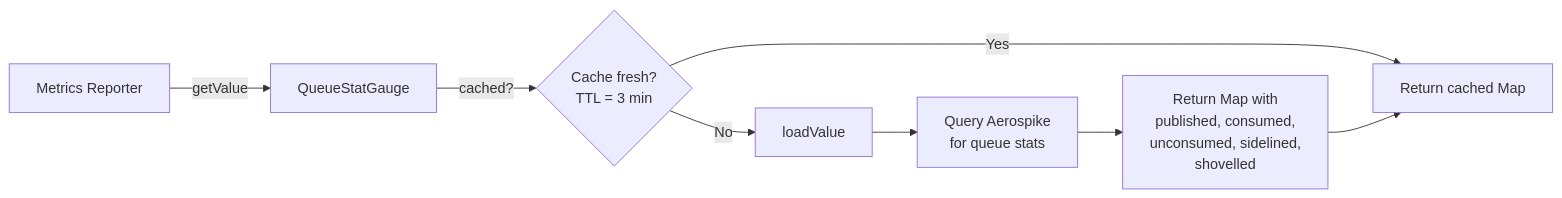
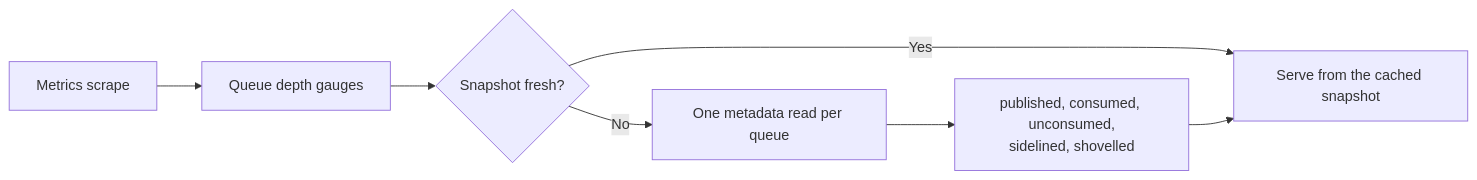
One commit to PhonePe/IgnisMQ changed the ninth of 10 diagrams in docs/docs/architecture.md. Above: the diagram before and after it, drawn with Mermaid. The commit also changed other lines of this file and 39 other files, not shown here.

````diff
--- a/docs/docs/architecture.md
+++ b/docs/docs/architecture.md
@@ -482,10 +533,9 @@
 ```mermaid
 flowchart LR
-    A[Metrics Reporter] -->|getValue| B[QueueStatGauge]
-    B -->|cached?| C{Cache fresh?<br/>TTL = 3 min}
-    C -->|Yes| D[Return cached Map]
-    C -->|No| E[loadValue]
-    E --> F[Query Aerospike<br/>for queue stats]
-    F --> G[Return Map with<br/>published, consumed,<br/>unconsumed, sidelined,<br/>shovelled]
-    G --> D
+    A[Metrics scrape] --> B[Queue depth gauges]
+    B --> C{Snapshot fresh?}
+    C -->|Yes| D[Serve from the cached snapshot]
+    C -->|No| E[One metadata read per queue]
+    E --> F[published, consumed, unconsumed,<br/>sidelined, shovelled]
+    F --> D
 ```
````
